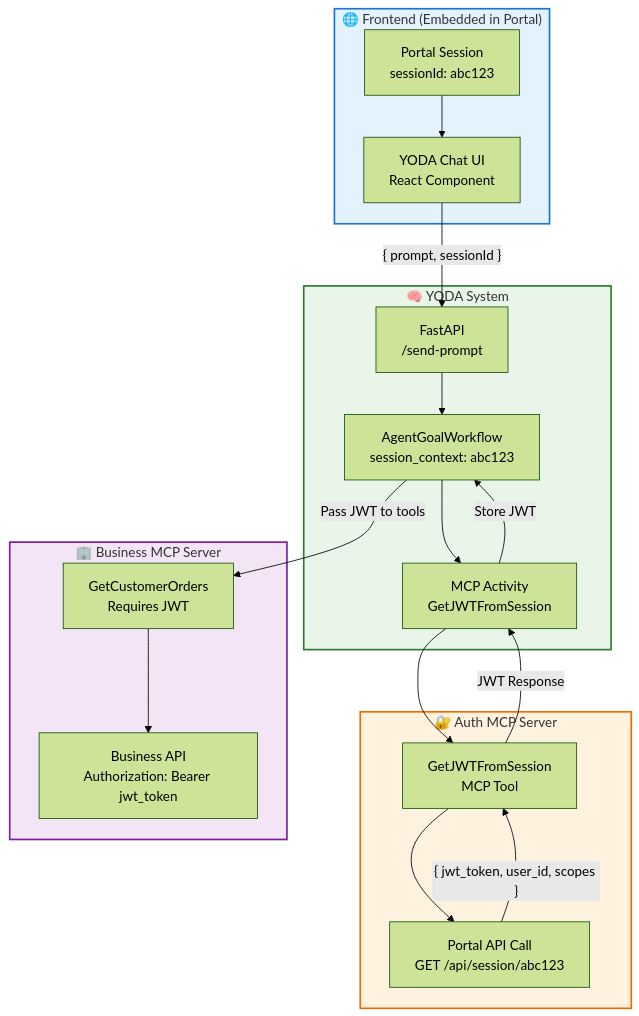
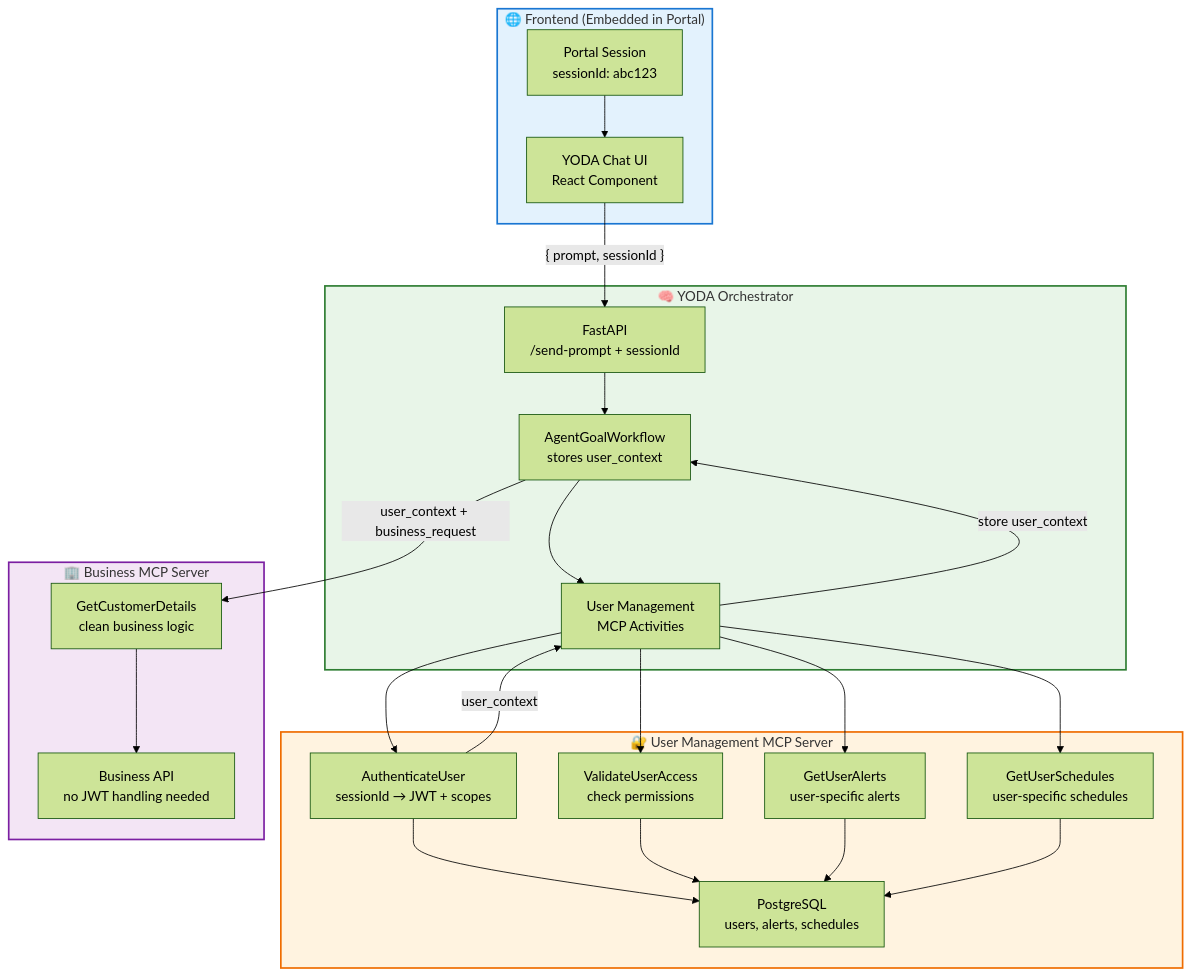
One commit to shin-hyuk/yoda changed the third of 3 diagrams in YODA_ARCHITECTURE.md. Above: the diagram before and after it, drawn with Mermaid (forest theme). The commit also changed other lines of this file, not shown here.

````diff
--- a/YODA_ARCHITECTURE.md
+++ b/YODA_ARCHITECTURE.md
@@ -236,49 +578,57 @@
 ```mermaid
 graph TD
     subgraph Frontend ["🌐 Frontend (Embedded in Portal)"]
         PortalSession["Portal Session<br/>sessionId: abc123"]
         YodaUI["YODA Chat UI<br/>React Component"]
         PortalSession --> YodaUI
     end
     
-    subgraph YODA ["🧠 YODA System"]
-        API["FastAPI<br/>/send-prompt"]
-        Workflow["AgentGoalWorkflow<br/>session_context: abc123"]
-        JWTActivity["MCP Activity<br/>GetJWTFromSession"]
+    subgraph YODA ["🧠 YODA Orchestrator"]
+        API["FastAPI<br/>/send-prompt + sessionId"]
+        Workflow["AgentGoalWorkflow<br/>stores user_context"]
+        UserMgmtActivity["User Management<br/>MCP Activities"]
         
         API --> Workflow
-        Workflow --> JWTActivity
+        Workflow --> UserMgmtActivity
     end
     
-    subgraph AuthMCP ["🔐 Auth MCP Server"]
-        GetJWTTool["GetJWTFromSession<br/>MCP Tool"]
-        PortalAPI["Portal API Call<br/>GET /api/session/abc123"]
+    subgraph UserMgmtMCP ["🔐 User Management MCP Server"]
+        AuthTool["AuthenticateUser<br/>sessionId → JWT + scopes"]
+        AccessTool["ValidateUserAccess<br/>check permissions"]
+        AlertsTool["GetUserAlerts<br/>user-specific alerts"]
+        ScheduleTool["GetUserSchedules<br/>user-specific schedules"]
+        Database["PostgreSQL<br/>users, alerts, schedules"]
         
-        JWTActivity --> GetJWTTool
-        GetJWTTool --> PortalAPI
+        AuthTool --> Database
+        AccessTool --> Database
+        AlertsTool --> Database
+        ScheduleTool --> Database
     end
     
     subgraph BusinessMCP ["🏢 Business MCP Server"]
-        CustomerTool["GetCustomerOrders<br/>Requires JWT"]
-        BusinessAPI["Business API<br/>Authorization: Bearer jwt_token"]
+        CustomerTool["GetCustomerDetails<br/>clean business logic"]
+        BusinessAPI["Business API<br/>no JWT handling needed"]
         
         CustomerTool --> BusinessAPI
     end
     
-    %% JWT Flow
+    %% Flow connections
     YodaUI -->|"{ prompt, sessionId }"| API
-    PortalAPI -->|"{ jwt_token, user_id, scopes }"| GetJWTTool
-    GetJWTTool -->|"JWT Response"| JWTActivity
-    JWTActivity -->|"Store JWT"| Workflow
-    Workflow -->|"Pass JWT to tools"| CustomerTool
+    UserMgmtActivity --> AuthTool
+    AuthTool -->|"user_context"| UserMgmtActivity
+    UserMgmtActivity -->|"store user_context"| Workflow
+    Workflow -->|"user_context + business_request"| CustomerTool
+    UserMgmtActivity --> AccessTool
+    UserMgmtActivity --> AlertsTool
+    UserMgmtActivity --> ScheduleTool
     
     classDef frontend fill:#e3f2fd,stroke:#1976d2,stroke-width:2px
     classDef yoda fill:#e8f5e8,stroke:#2e7d32,stroke-width:2px
-    classDef auth fill:#fff3e0,stroke:#ef6c00,stroke-width:2px
+    classDef userMgmt fill:#fff3e0,stroke:#ef6c00,stroke-width:2px
     classDef business fill:#f3e5f5,stroke:#7b1fa2,stroke-width:2px
     
     class Frontend frontend
     class YODA yoda
-    class AuthMCP auth
+    class UserMgmtMCP userMgmt
     class BusinessMCP business
 ```
````
